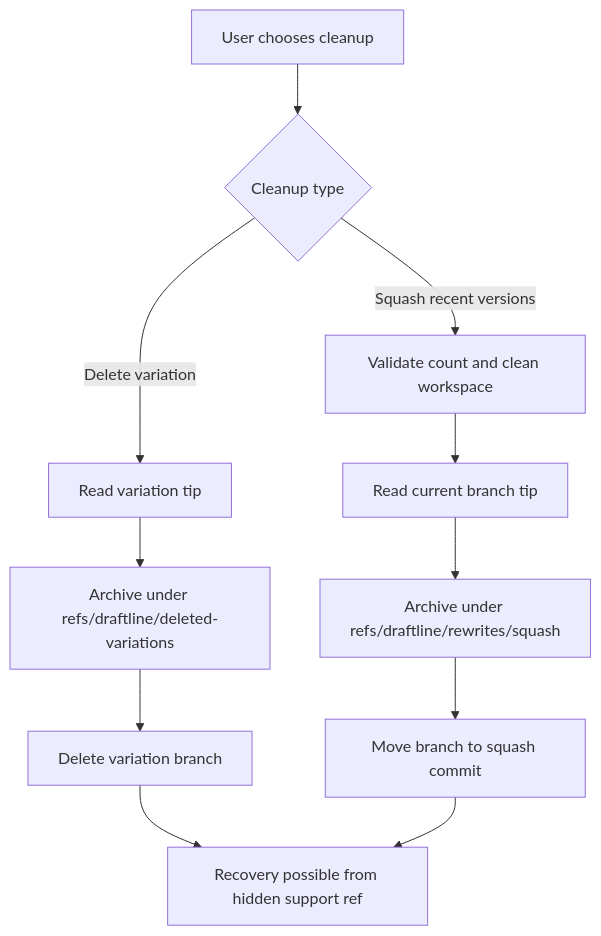
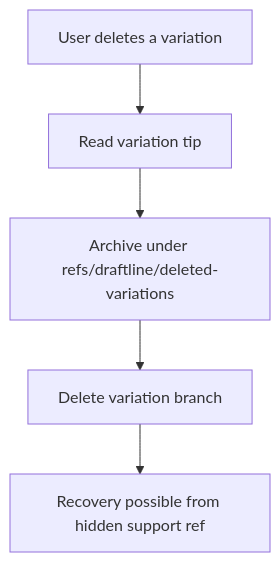
Before and after one commit to sethjuarez/draftline: the second of 11 diagrams in docs/scenario-flows/recovery-cleanup.md, drawn with Mermaid. The commit also changed other lines of this file and 44 other files, not shown here.

````diff
--- a/docs/scenario-flows/recovery-cleanup.md
+++ b/docs/scenario-flows/recovery-cleanup.md
@@ -35,15 +35,7 @@
 ```mermaid
 flowchart TD
-    A[User chooses cleanup] --> B{Cleanup type}
-    B -- Delete variation --> C[Read variation tip]
+    A[User deletes a variation] --> C[Read variation tip]
     C --> D[Archive under refs/draftline/deleted-variations]
     D --> E[Delete variation branch]
-
-    B -- Squash recent versions --> F[Validate count and clean workspace]
-    F --> G[Read current branch tip]
-    G --> H[Archive under refs/draftline/rewrites/squash]
-    H --> I[Move branch to squash commit]
-
     E --> J[Recovery possible from hidden support ref]
-    I --> J
 ```
````
